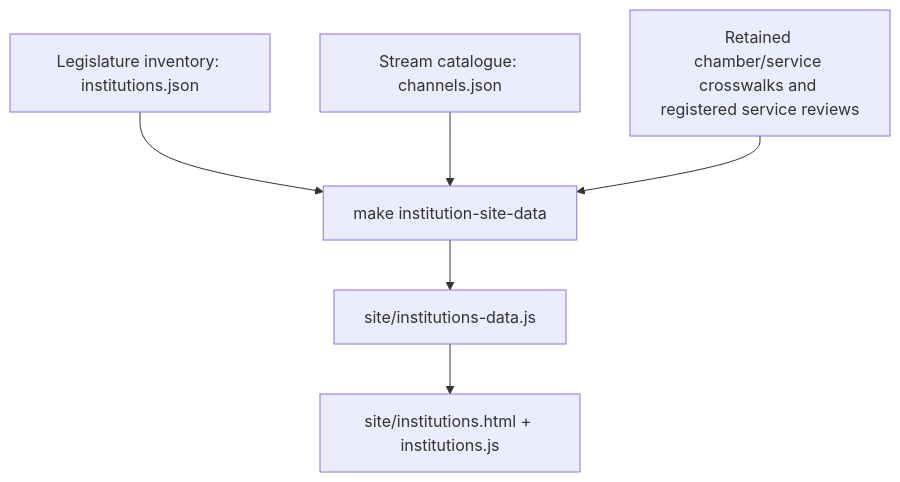
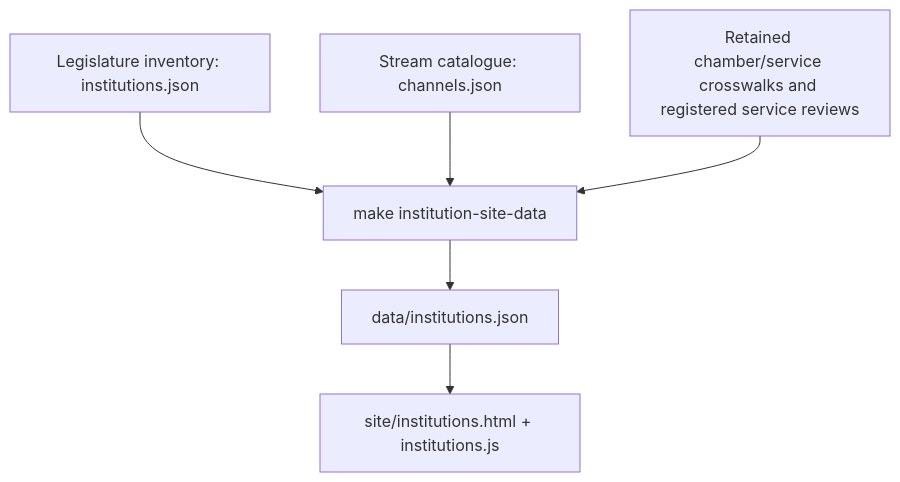
The diagram in docs/architecture.md (dlq/parliament-streams), drawn with Mermaid before and after one commit. The commit also changed other lines of this file and 44 other files, not shown here.

Commit message:
Load public data as JSON and stabilize language selector

````diff
--- a/docs/architecture.md
+++ b/docs/architecture.md
@@ -104,8 +103,8 @@
 ```mermaid
 flowchart TD
   I["Legislature inventory: institutions.json"] --> B["make institution-site-data"]
   C["Stream catalogue: channels.json"] --> B
   E["Retained chamber/service crosswalks and registered service reviews"] --> B
-  B --> S["site/institutions-data.js"]
+  B --> S["data/institutions.json"]
   S --> P["site/institutions.html + institutions.js"]
 ```
````
